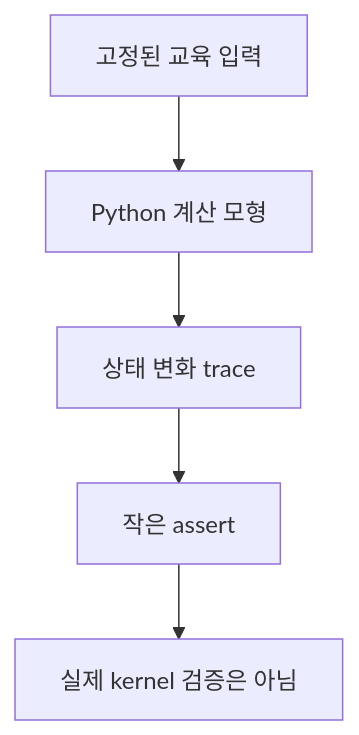
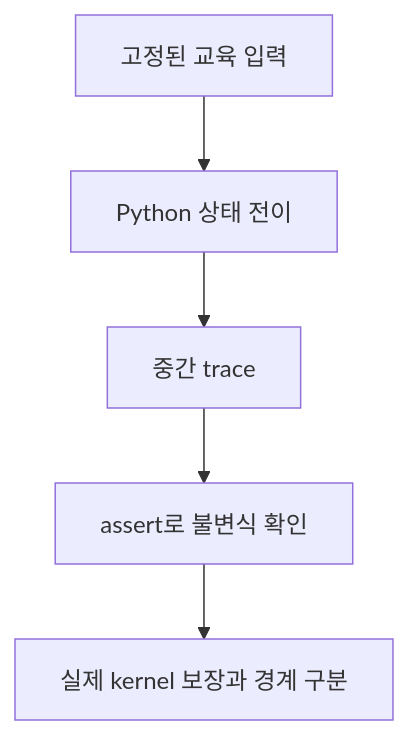
The diagram in learning/ubuntu-linux-internals/15-safe-local-model-labs.md (mj006648/netai-devsecops-runbook), drawn with Mermaid before and after one commit. The commit also changed other lines of this file and 68 other files, not shown here.

````diff
--- a/learning/ubuntu-linux-internals/15-safe-local-model-labs.md
+++ b/learning/ubuntu-linux-internals/15-safe-local-model-labs.md
@@ -9,7 +11,7 @@
-```mermaid
+~~~mermaid
 flowchart TD
-    I["고정된 교육 입력"] --> M["Python 계산 모형"]
-    M --> T["상태 변화 trace"]
-    T --> A["작은 assert"]
-    A --> L["실제 kernel 검증은 아님"]
-```
+    I["고정된 교육 입력"] --> M["Python 상태 전이"]
+    M --> T["중간 trace"]
+    T --> A["assert로 불변식 확인"]
+    A --> B["실제 kernel 보장과 경계 구분"]
+~~~
````
